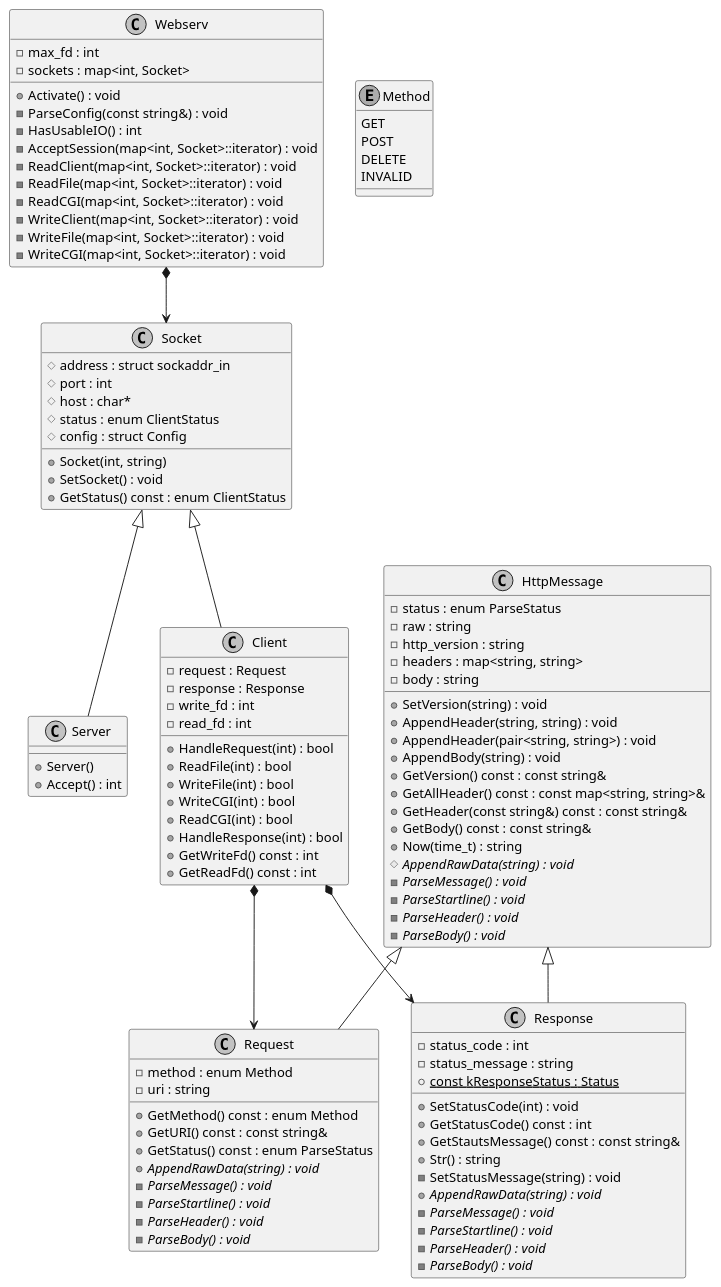
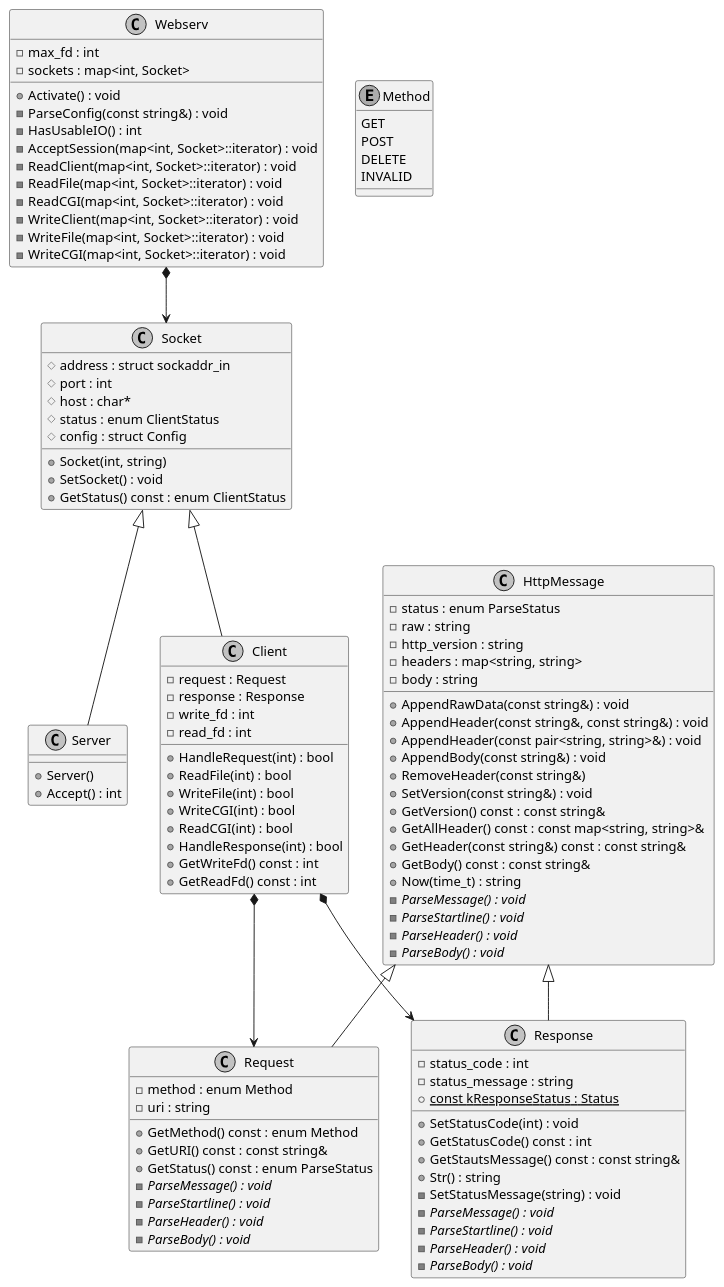
One commit to tkomatsu/webserv changed the diagram in docs/webserv.pu. Above: the diagram before and after it, drawn with PlantUML. The commit also changed 6 other files, not shown here.

```diff
--- a/docs/webserv.pu
+++ b/docs/webserv.pu
@@ -1,118 +1,117 @@
 @startuml webserv
 
 skinparam monochrome true
 skinparam shadowing false
 
 class Webserv {
   - max_fd : int
   - sockets : map<int, Socket>
   + Activate() : void
   - ParseConfig(const string&) : void
   - HasUsableIO() : int
   - AcceptSession(map<int, Socket>::iterator) : void
   - ReadClient(map<int, Socket>::iterator) : void
   - ReadFile(map<int, Socket>::iterator) : void
   - ReadCGI(map<int, Socket>::iterator) : void
   - WriteClient(map<int, Socket>::iterator) : void
   - WriteFile(map<int, Socket>::iterator) : void
   - WriteCGI(map<int, Socket>::iterator) : void
 }
 
 class Socket {
   # address : struct sockaddr_in
   # port : int
   # host : char*
   # status : enum ClientStatus
   # config : struct Config
   + Socket(int, string)
   + SetSocket() : void
   + GetStatus() const : enum ClientStatus
 }
 
 class Server {
   + Server()
   + Accept() : int
 }
 
 class Client {
   - request : Request
   - response : Response
   - write_fd : int
   - read_fd : int
   + HandleRequest(int) : bool
   + ReadFile(int) : bool
   + WriteFile(int) : bool
   + WriteCGI(int) : bool
   + ReadCGI(int) : bool
   + HandleResponse(int) : bool
   + GetWriteFd() const : int
   + GetReadFd() const : int
 }
 
 class HttpMessage {
   - status : enum ParseStatus
   - raw : string
   - http_version : string
   - headers : map<string, string>
   - body : string
-  + SetVersion(string) : void
-  + AppendHeader(string, string) : void
-  + AppendHeader(pair<string, string>) : void
-  + AppendBody(string) : void
+  + AppendRawData(const string&) : void
+  + AppendHeader(const string&, const string&) : void
+  + AppendHeader(const pair<string, string>&) : void
+  + AppendBody(const string&) : void
+  + RemoveHeader(const string&)
+  + SetVersion(const string&) : void
   + GetVersion() const : const string&
   + GetAllHeader() const : const map<string, string>&
   + GetHeader(const string&) const : const string&
   + GetBody() const : const string&
   + Now(time_t) : string
-  # {abstract} AppendRawData(string) : void
   - {abstract} ParseMessage() : void
   - {abstract} ParseStartline() : void
   - {abstract} ParseHeader() : void
   - {abstract} ParseBody() : void
 }
 
 class Request {
   - method : enum Method
   - uri : string
   + GetMethod() const : enum Method
   + GetURI() const : const string&
   + GetStatus() const : enum ParseStatus
-  + {abstract} AppendRawData(string) : void
   - {abstract} ParseMessage() : void
   - {abstract} ParseStartline() : void
   - {abstract} ParseHeader() : void
   - {abstract} ParseBody() : void
 }
 
 class Response {
   - status_code : int
   - status_message : string
   + {static} const kResponseStatus : Status
   + SetStatusCode(int) : void
   + GetStatusCode() const : int
   + GetStautsMessage() const : const string&
   + Str() : string
   - SetStatusMessage(string) : void
-  + {abstract} AppendRawData(string) : void
   - {abstract} ParseMessage() : void
   - {abstract} ParseStartline() : void
   - {abstract} ParseHeader() : void
   - {abstract} ParseBody() : void
 }
 
 enum Method {
   GET
   POST
   DELETE
   INVALID
 }
 
 Webserv *--> Socket
 Socket <|-- Client
 Socket <|-- Server
 Client *--> Request
 Client *--> Response
 HttpMessage <|-- Request
 HttpMessage <|-- Response
 
 @enduml
```
